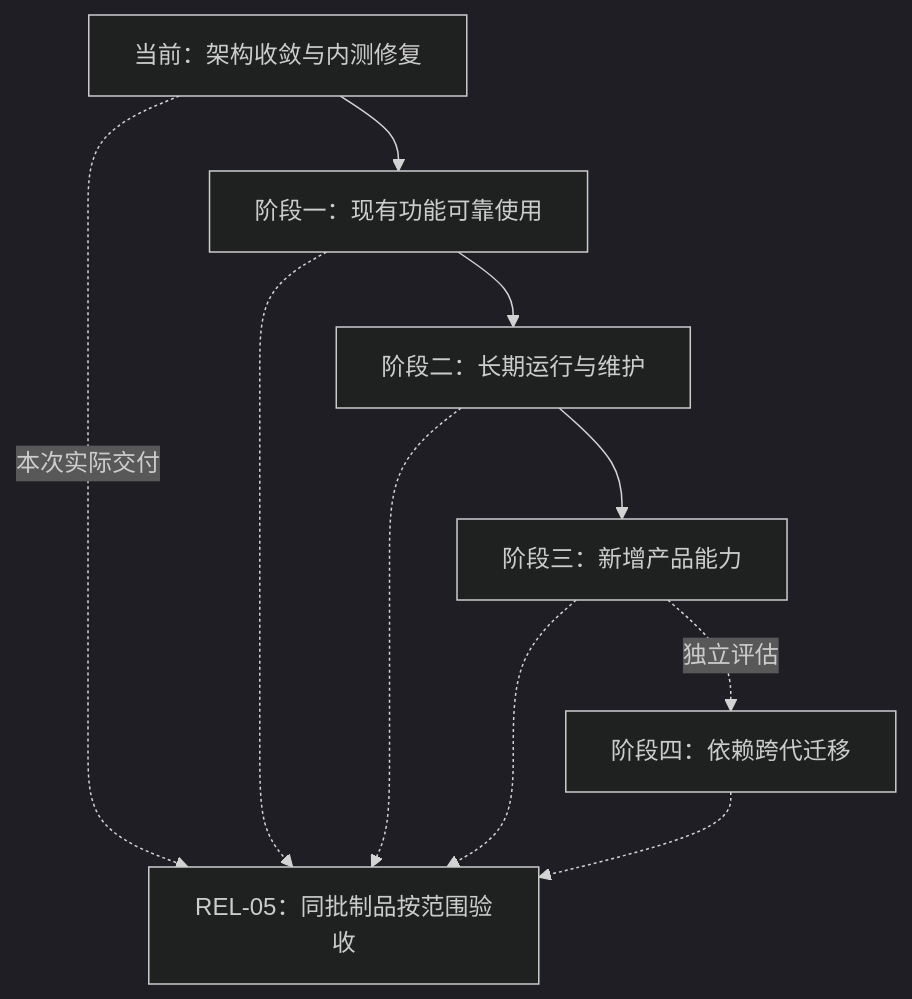
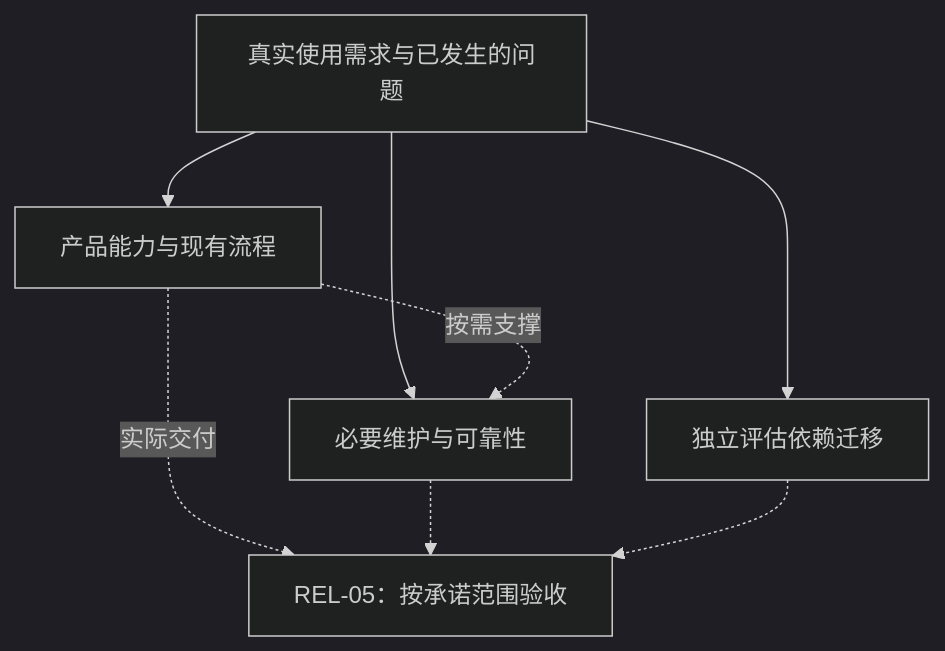
One commit to virjar/team-talk changed the diagram in doc/10-reference/roadmap.md. Above: the diagram before and after it, drawn with Mermaid (dark theme). The commit also changed other lines of this file and 45 other files, not shown here.

Commit message:
refactor: remove speculative archive rescue flows and unused access API

````diff
--- a/doc/10-reference/roadmap.md
+++ b/doc/10-reference/roadmap.md
@@ -63,12 +64,10 @@
 ```mermaid
 flowchart TD
-    Current["当前：架构收敛与内测修复"] --> Reliable["阶段一：现有功能可靠使用"]
-    Reliable --> Operate["阶段二：长期运行与维护"]
-    Operate --> Product["阶段三：新增产品能力"]
-    Product -. 独立评估 .-> Dependencies["阶段四：依赖跨代迁移"]
-    Current -. 本次实际交付 .-> Verify["REL-05：同批制品按范围验收"]
-    Reliable -.-> Verify
-    Operate -.-> Verify
-    Product -.-> Verify
+    Needs["真实使用需求与已发生的问题"] --> Product["产品能力与现有流程"]
+    Needs --> Maintenance["必要维护与可靠性"]
+    Product -. 按需支撑 .-> Maintenance
+    Needs --> Dependencies["独立评估依赖迁移"]
+    Product -. 实际交付 .-> Verify["REL-05：按承诺范围验收"]
+    Maintenance -.-> Verify
     Dependencies -.-> Verify
 ```
````
